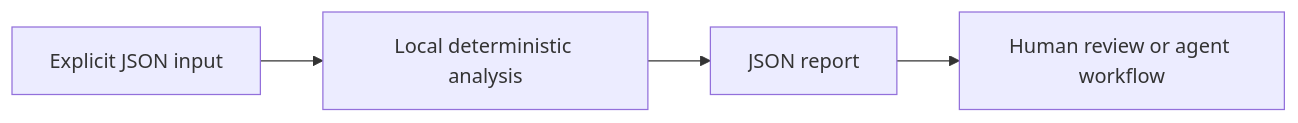
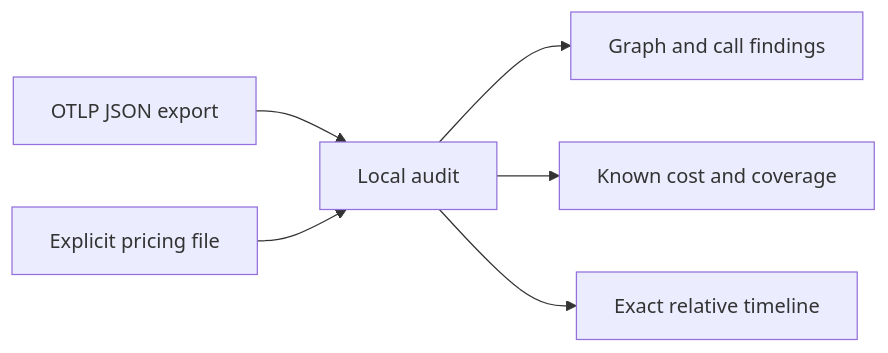
One commit to XingCEO/agent-trace-ledger changed the diagram in README.md. Above: the diagram before and after it, drawn with Mermaid. The commit also changed other lines of this file and 15 other files, not shown here.

````diff
--- a/README.md
+++ b/README.md
@@ -24,6 +30,8 @@
 ```mermaid
 flowchart LR
-    A[Explicit JSON input] --> B[Local deterministic analysis]
-    B --> C[JSON report]
-    C --> D[Human review or agent workflow]
+    A[OTLP JSON export] --> C[Local audit]
+    B[Explicit pricing file] --> C
+    C --> D[Graph and call findings]
+    C --> E[Known cost and coverage]
+    C --> F[Exact relative timeline]
 ```
````
